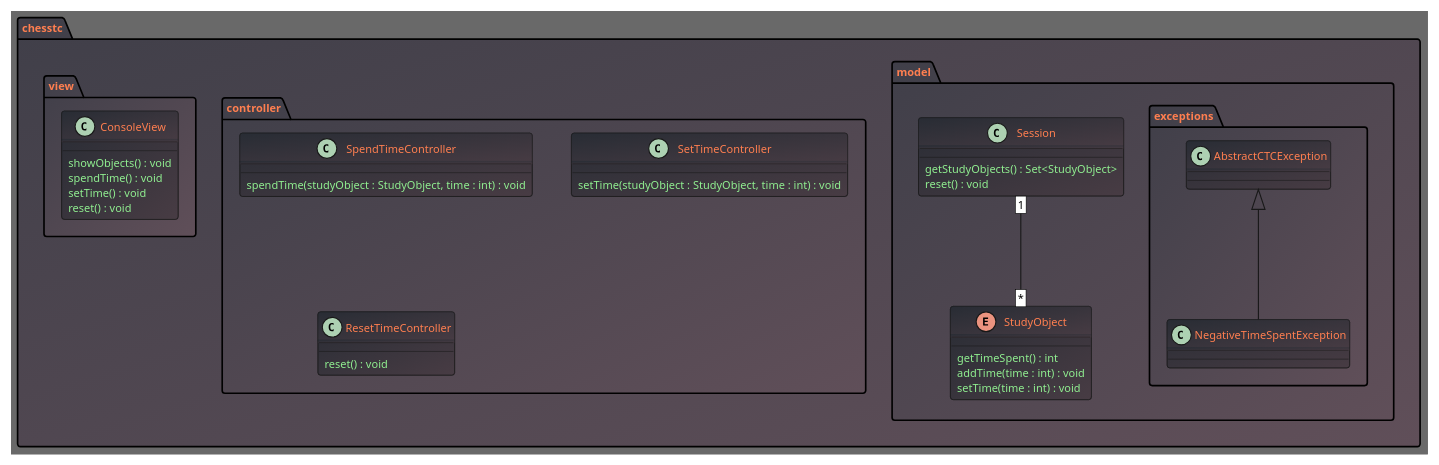
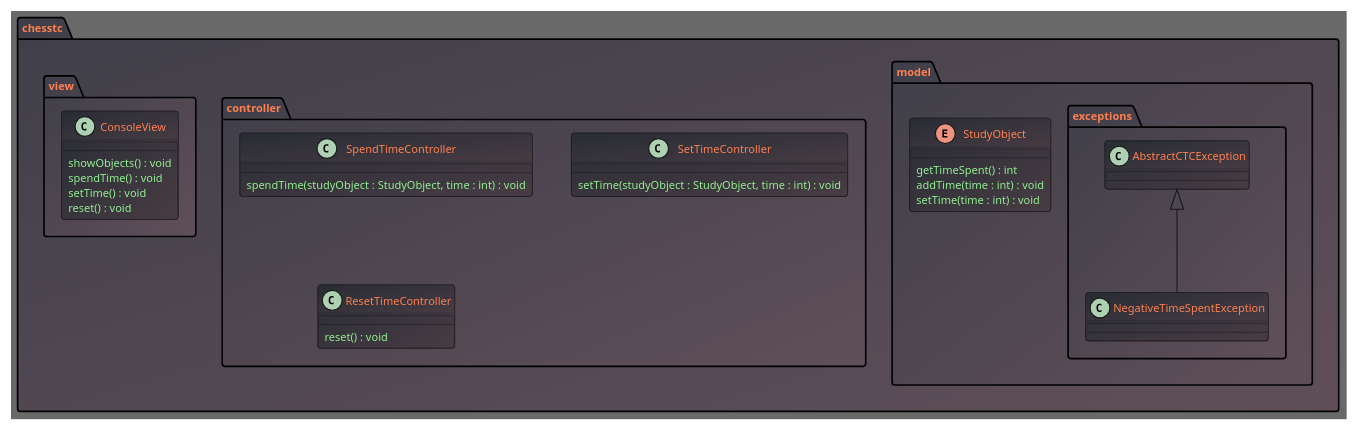
One commit to Sttanyanz/chess-training-control changed the diagram in ctc.puml. Above: the diagram before and after it, drawn with PlantUML.

Commit message:
docs: update uml

```diff
--- a/ctc.puml
+++ b/ctc.puml
@@ -1,60 +1,54 @@
 @startuml
 skinparam defaultFontSize 10
 skinparam BackgroundColor DimGray
 skinparam ClassAttributeFontColor LightGreen
 skinparam PackageFontColor coral
 skinparam ClassFontColor coral
 skinparam package {
 BackgroundColor #403F49/#604F59
 }
 skinparam class {
 BackgroundColor #282C34/#483C44
 }
 skinparam groupInheritance 2
 
 package chesstc {
     package model {
         package exceptions {
             class AbstractCTCException
             class NegativeTimeSpentException
             AbstractCTCException <|-- NegativeTimeSpentException
         }
 
         enum StudyObject {
             getTimeSpent() : int
             addTime(time : int) : void
             setTime(time : int) : void
         }
 
-        class Session {
-            getStudyObjects() : Set<StudyObject>
-            reset() : void
-        }
-
-        Session [1] -- [*] StudyObject
 
     }
 
     package controller {
         class SpendTimeController {
             spendTime(studyObject : StudyObject, time : int) : void
         }
         class SetTimeController {
             setTime(studyObject : StudyObject, time : int) : void
         }
         class ResetTimeController {
             reset() : void
         }
     }
 
     package view {
         class ConsoleView {
             showObjects() : void
             spendTime() : void
             setTime() : void
             reset() : void
         }
     }
 }
 
 @enduml
```
